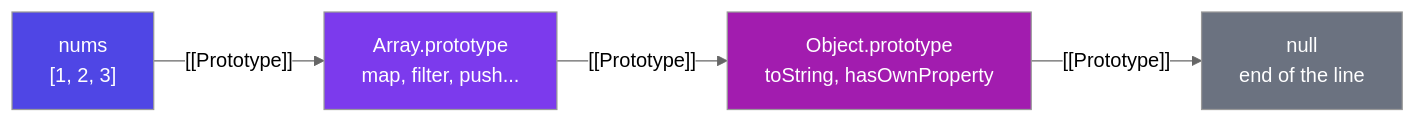
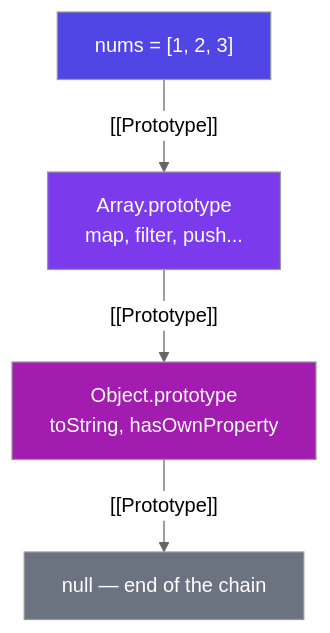
One commit to nikhilvanama/Learning_Plan changed the tenth of 15 diagrams in 50-Day-Challenge/Phase-4-5-JavaScript-Notes.md. Above: the diagram before and after it, drawn with Mermaid (neutral theme). The commit also changed other lines of this file and 4 other files, not shown here.

````diff
--- a/50-Day-Challenge/Phase-4-5-JavaScript-Notes.md
+++ b/50-Day-Challenge/Phase-4-5-JavaScript-Notes.md
@@ -1299,10 +1394,10 @@
 ```mermaid
-graph LR
-    A["nums<br/>[1, 2, 3]"] -->|"[[Prototype]]"| B["Array.prototype<br/>map, filter, push..."]
+graph TD
+    A["nums = [1, 2, 3]"] -->|"[[Prototype]]"| B["Array.prototype<br/>map, filter, push..."]
     B -->|"[[Prototype]]"| C["Object.prototype<br/>toString, hasOwnProperty"]
-    C -->|"[[Prototype]]"| D["null<br/>end of the line"]
+    C -->|"[[Prototype]]"| D["null — end of the chain"]
     style A fill:#4f46e5,color:#fff
     style B fill:#7c3aed,color:#fff
     style C fill:#a21caf,color:#fff
     style D fill:#6b7280,color:#fff
 ```
````
